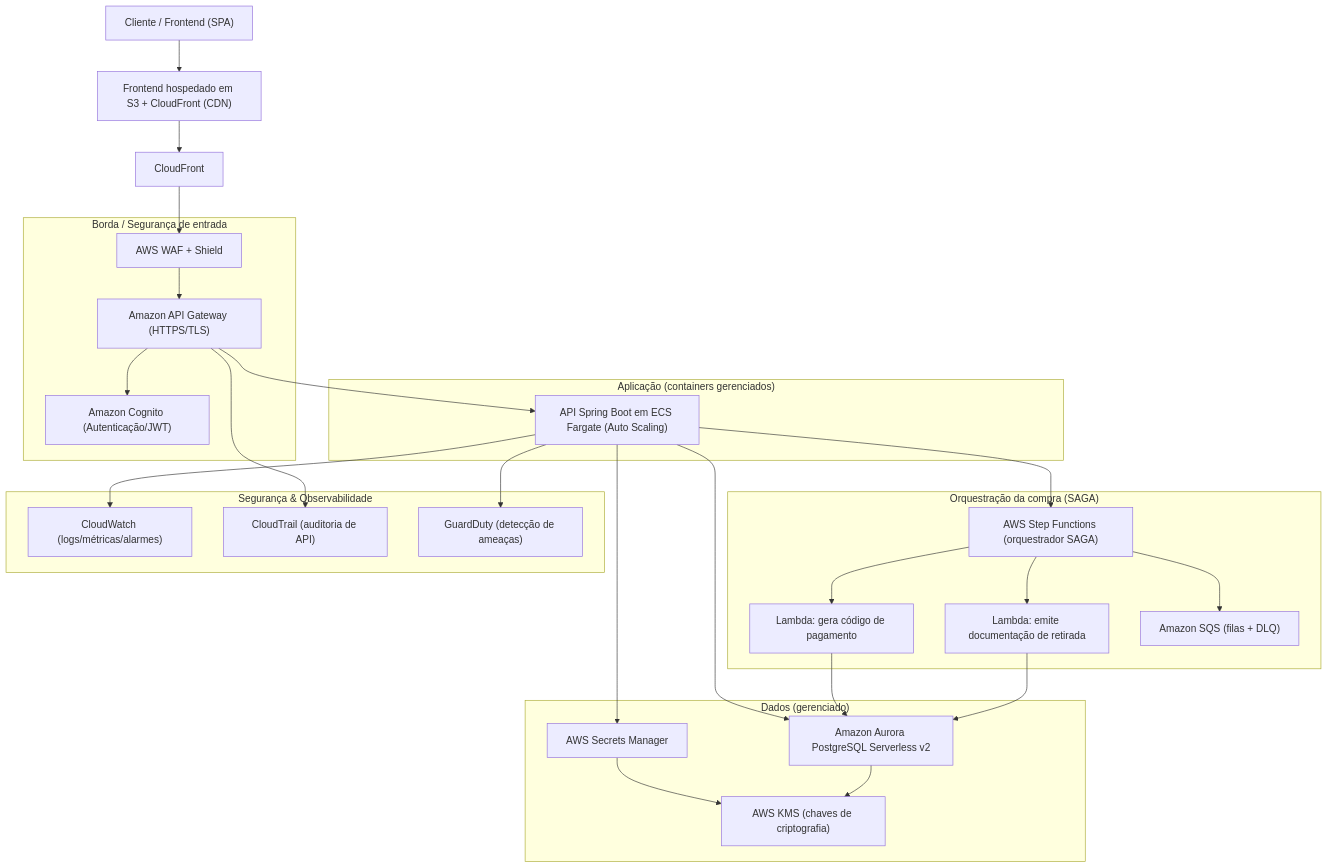
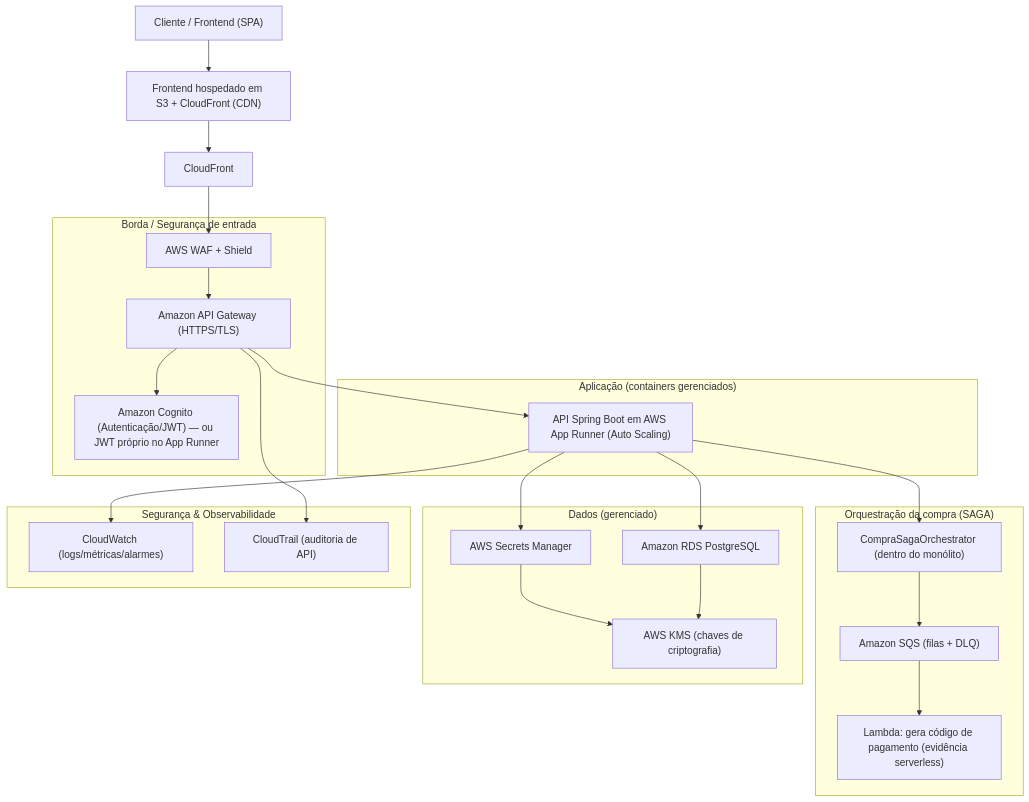
One commit to guizin9/veiculos-pos-tech changed the first of 3 diagrams in docs/FASE5-Entregaveis.md. Above: the diagram before and after it, drawn with Mermaid. The commit also changed other lines of this file and 37 other files, not shown here.

Commit message:
SAGA interna, Docker, testes e documentação FASE 5

````diff
--- a/docs/FASE5-Entregaveis.md
+++ b/docs/FASE5-Entregaveis.md
@@ -53,51 +78,45 @@
 ```mermaid
 flowchart TB
     User["Cliente / Frontend (SPA)"]
     UX["Frontend hospedado em S3 + CloudFront (CDN)"]
 
     subgraph Edge["Borda / Segurança de entrada"]
         WAF["AWS WAF + Shield"]
         APIGW["Amazon API Gateway (HTTPS/TLS)"]
-        Cognito["Amazon Cognito (Autenticação/JWT)"]
+        Cognito["Amazon Cognito (Autenticação/JWT) — ou JWT próprio no App Runner"]
     end
 
     subgraph Compute["Aplicação (containers gerenciados)"]
-        Fargate["API Spring Boot em ECS Fargate (Auto Scaling)"]
+        AppRunner["API Spring Boot em AWS App Runner (Auto Scaling)"]
     end
 
     subgraph Orchestration["Orquestração da compra (SAGA)"]
-        SFN["AWS Step Functions (orquestrador SAGA)"]
-        LPay["Lambda: gera código de pagamento"]
-        LDoc["Lambda: emite documentação de retirada"]
+        SagaMono["CompraSagaOrchestrator (dentro do monólito)"]
         SQS["Amazon SQS (filas + DLQ)"]
+        LPay["Lambda: gera código de pagamento (evidência serverless)"]
     end
 
     subgraph Data["Dados (gerenciado)"]
-        Aurora["Amazon Aurora PostgreSQL Serverless v2"]
+        RDS["Amazon RDS PostgreSQL"]
         Secrets["AWS Secrets Manager"]
         KMS["AWS KMS (chaves de criptografia)"]
     end
 
     subgraph Observ["Segurança & Observabilidade"]
         CW["CloudWatch (logs/métricas/alarmes)"]
         CT["CloudTrail (auditoria de API)"]
-        GD["GuardDuty (detecção de ameaças)"]
     end
 
     User --> UX --> CloudFront --> WAF --> APIGW
     APIGW --> Cognito
-    APIGW --> Fargate
-    Fargate --> SFN
-    SFN --> LPay
-    SFN --> LDoc
-    SFN --> SQS
-    Fargate --> Aurora
-    LPay --> Aurora
-    LDoc --> Aurora
-    Fargate --> Secrets
+    APIGW --> AppRunner
+    AppRunner --> SagaMono
+    SagaMono --> SQS
+    SQS --> LPay
+    AppRunner --> RDS
+    AppRunner --> Secrets
     Secrets --> KMS
-    Aurora --> KMS
-    Fargate --> CW
+    RDS --> KMS
+    AppRunner --> CW
     APIGW --> CT
-    Fargate --> GD
 ```
````
